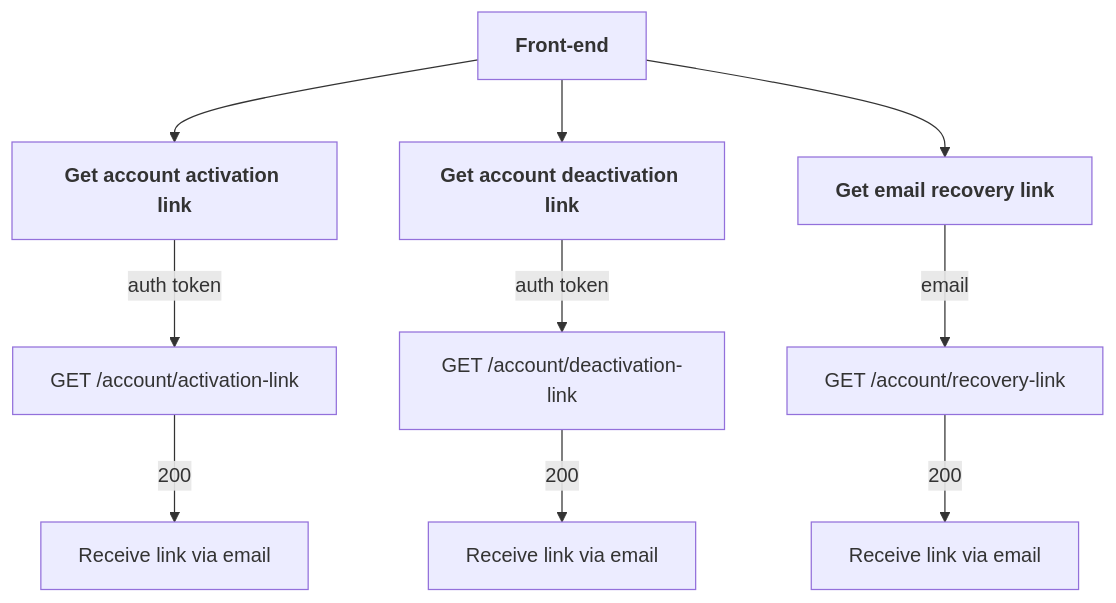
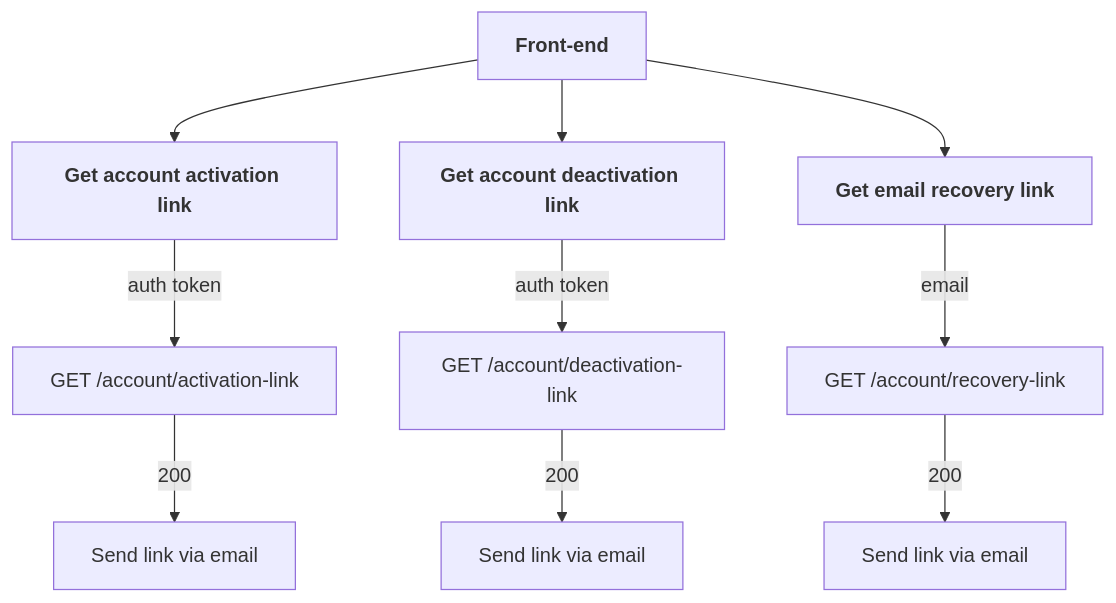
The first of 12 diagrams in README.md (Karmello/ask-the-world-api), drawn with Mermaid before and after one commit.

````diff
--- a/README.md
+++ b/README.md
@@ -26,7 +26,7 @@
 ```mermaid
 flowchart
 ROOT[<b>Front-end</b>]
-ROOT --> A1[<b>Get account activation link</b>] --> |auth token|A2[GET /account/activation-link] --> |200|A3[Receive link via email]
-ROOT --> B1[<b>Get account deactivation link</b>] --> |auth token|B2[GET /account/deactivation-link] --> |200|B3[Receive link via email]
-ROOT --> C1[<b>Get email recovery link</b>] --> |email|C2[GET /account/recovery-link] --> |200|C3[Receive link via email]
+ROOT --> A1[<b>Get account activation link</b>] --> |auth token|A2[GET /account/activation-link] --> |200|A3[Send link via email]
+ROOT --> B1[<b>Get account deactivation link</b>] --> |auth token|B2[GET /account/deactivation-link] --> |200|B3[Send link via email]
+ROOT --> C1[<b>Get email recovery link</b>] --> |email|C2[GET /account/recovery-link] --> |200|C3[Send link via email]
 ```
````
